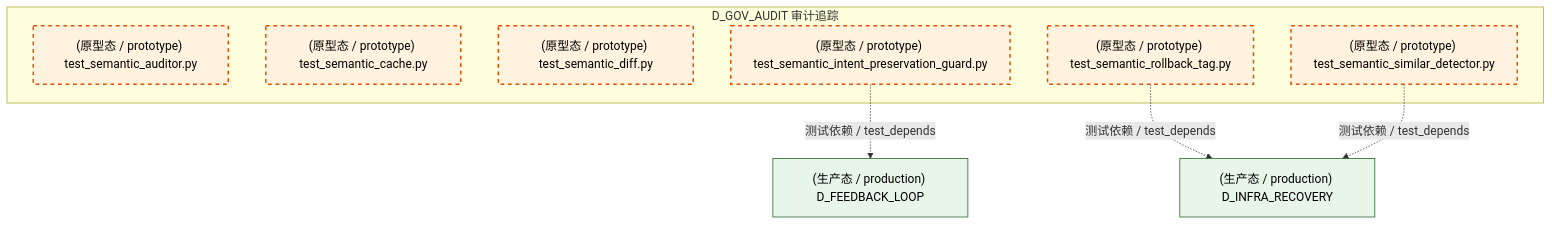
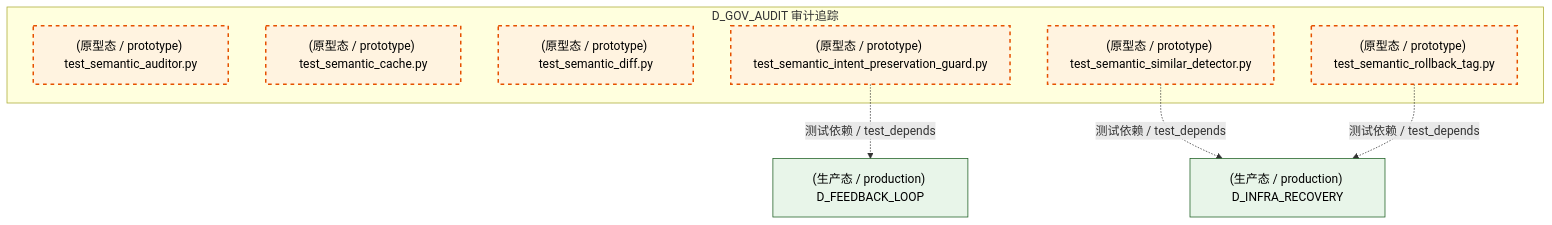
The tenth of 14 diagrams in docs/02_enterprise_architecture/02_domain_architecture_docs/39_d_gov_audit.md (xuanFelixVan/ZephyrAlpha), drawn with Mermaid before and after one commit. The commit also changed other lines of this file and 126 other files, not shown here.

````diff
--- a/docs/02_enterprise_architecture/02_domain_architecture_docs/39_d_gov_audit.md
+++ b/docs/02_enterprise_architecture/02_domain_architecture_docs/39_d_gov_audit.md
@@ -969,22 +971,22 @@
 ```mermaid
 graph TD
     subgraph D_GOV_AUDIT["D_GOV_AUDIT 审计追踪"]
         tests_semantic_auditor_test_semantic_auditor_py["(原型态 / prototype) test_semantic_auditor.py"]
         tests_semantic_auditor_test_semantic_cache_py["(原型态 / prototype) test_semantic_cache.py"]
         tests_semantic_auditor_test_semantic_diff_py["(原型态 / prototype) test_semantic_diff.py"]
         tests_semantic_auditor_test_semantic_intent_preservation_guard_py["(原型态 / prototype) test_semantic_intent_preservation_guard.py"]
         tests_semantic_auditor_test_semantic_rollback_tag_py["(原型态 / prototype) test_semantic_rollback_tag.py"]
         tests_semantic_auditor_test_semantic_similar_detector_py["(原型态 / prototype) test_semantic_similar_detector.py"]
     end
+    D_INFRA_RECOVERY["(生产态 / production) D_INFRA_RECOVERY"]
+    tests_semantic_auditor_test_semantic_similar_detector_py -.->|测试依赖 / test_depends| D_INFRA_RECOVERY
     D_FEEDBACK_LOOP["(生产态 / production) D_FEEDBACK_LOOP"]
     tests_semantic_auditor_test_semantic_intent_preservation_guard_py -.->|测试依赖 / test_depends| D_FEEDBACK_LOOP
-    D_INFRA_RECOVERY["(生产态 / production) D_INFRA_RECOVERY"]
     tests_semantic_auditor_test_semantic_rollback_tag_py -.->|测试依赖 / test_depends| D_INFRA_RECOVERY
-    tests_semantic_auditor_test_semantic_similar_detector_py -.->|测试依赖 / test_depends| D_INFRA_RECOVERY
     classDef production fill:#e1f5fe,stroke:#01579b,stroke-width:2px,color:#000
     classDef design fill:#fff3e0,stroke:#e65100,stroke-width:2px,color:#000,stroke-dasharray: 5 5
     classDef external_prod fill:#e8f5e9,stroke:#1b5e20,stroke-width:1px,color:#000
     classDef external_design fill:#fce4ec,stroke:#880e4f,stroke-width:1px,color:#000,stroke-dasharray: 5 5
     class tests_semantic_auditor_test_semantic_auditor_py,tests_semantic_auditor_test_semantic_cache_py,tests_semantic_auditor_test_semantic_diff_py,tests_semantic_auditor_test_semantic_intent_preservation_guard_py,tests_semantic_auditor_test_semantic_rollback_tag_py,tests_semantic_auditor_test_semantic_similar_detector_py design
-    class D_FEEDBACK_LOOP,D_INFRA_RECOVERY external_prod
+    class D_INFRA_RECOVERY,D_FEEDBACK_LOOP external_prod
 ```
````
